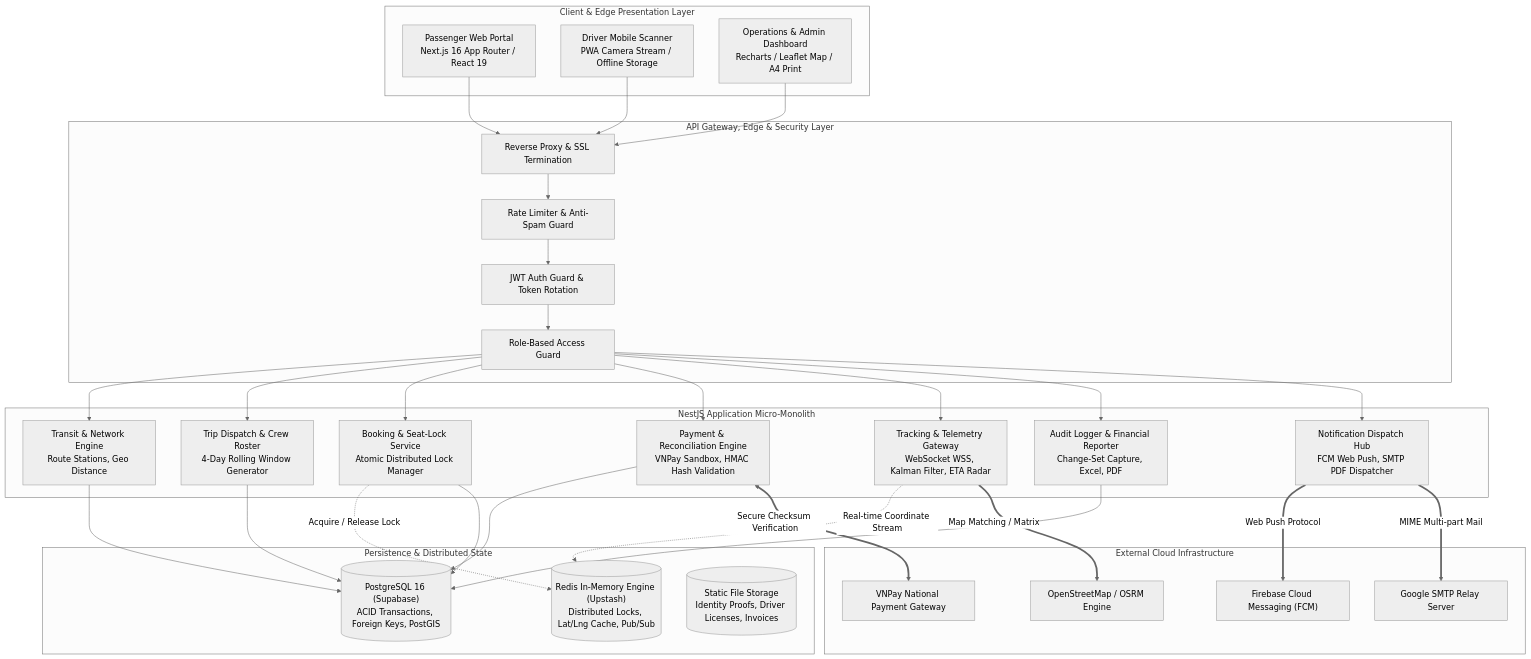
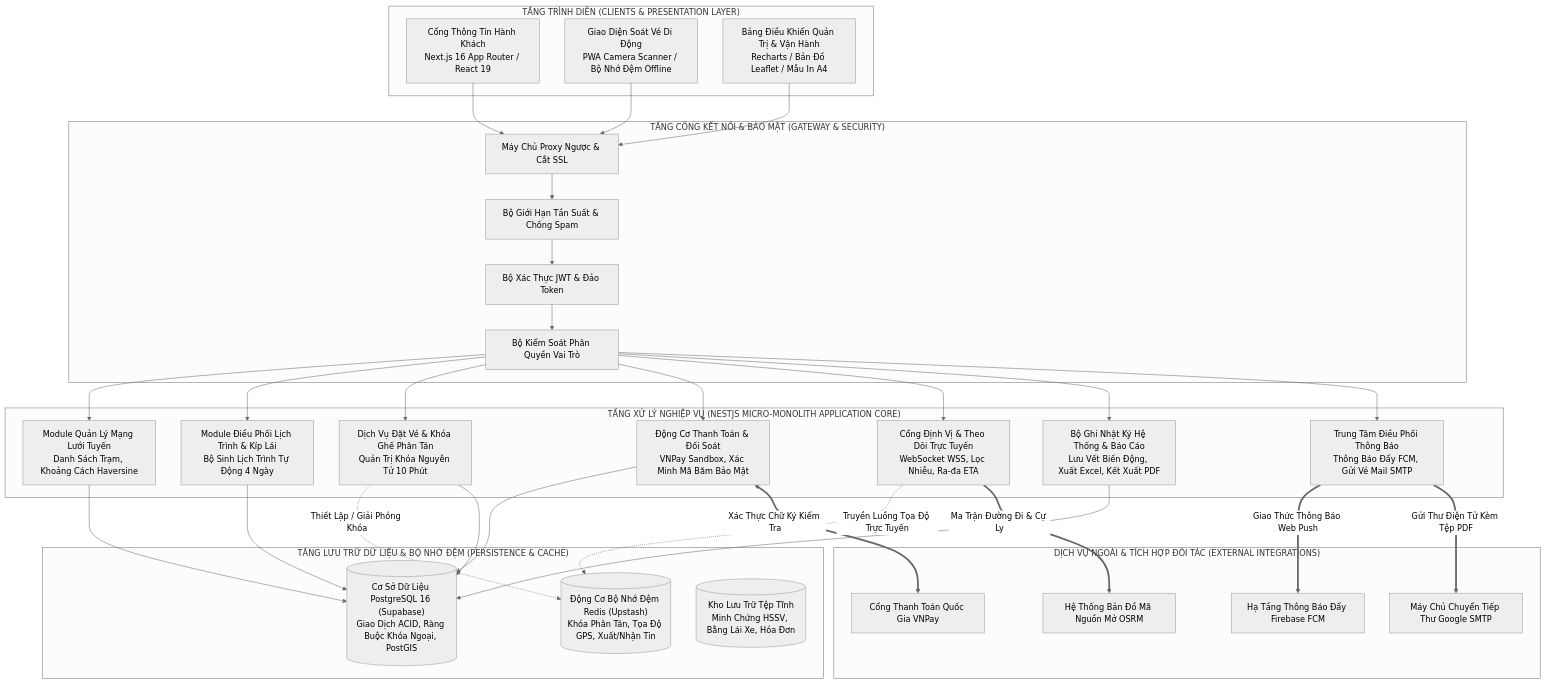
One commit to tubanhoa/QLy_V-_Xe_Bu-t_Th-ng_Minh changed the first of 6 diagrams in README.md. Above: the diagram before and after it, drawn with Mermaid (neutral theme). The commit also changed other lines of this file, not shown here.

````diff
--- a/README.md
+++ b/README.md
@@ -105,65 +103,65 @@
 ```mermaid
 graph TB
-    subgraph Client_Layer ["Client & Edge Presentation Layer"]
-        WebPassenger["Passenger Web Portal<br/>Next.js 16 App Router / React 19"]
-        MobileDriver["Driver Mobile Scanner<br/>PWA Camera Stream / Offline Storage"]
-        AdminConsole["Operations & Admin Dashboard<br/>Recharts / Leaflet Map / A4 Print"]
+    subgraph Tang_Trinh_Dien ["TẦNG TRÌNH DIỄN (CLIENTS & PRESENTATION LAYER)"]
+        WebPassenger["Cổng Thông Tin Hành Khách<br/>Next.js 16 App Router / React 19"]
+        MobileDriver["Giao Diện Soát Vé Di Động<br/>PWA Camera Scanner / Bộ Nhớ Đệm Offline"]
+        AdminConsole["Bảng Điều Khiển Quản Trị & Vận Hành<br/>Recharts / Bản Đồ Leaflet / Mẫu In A4"]
     end
 
-    subgraph Edge_Gateway ["API Gateway, Edge & Security Layer"]
-        NginxProxy["Reverse Proxy & SSL Termination"]
-        ThrottlerGuard["Rate Limiter & Anti-Spam Guard"]
-        JWTAuthenticator["JWT Auth Guard & Token Rotation"]
-        RBACInterceptor["Role-Based Access Guard"]
+    subgraph Tang_Bao_Mat ["TẦNG CỔNG KẾT NỐI & BẢO MẬT (GATEWAY & SECURITY)"]
+        NginxProxy["Máy Chủ Proxy Ngược & Cắt SSL"]
+        ThrottlerGuard["Bộ Giới Hạn Tần Suất & Chống Spam"]
+        JWTAuthenticator["Bộ Xác Thực JWT & Đảo Token"]
+        RBACInterceptor["Bộ Kiểm Soát Phân Quyền Vai Trò"]
     end
 
-    subgraph Service_Core ["NestJS Application Micro-Monolith"]
-        TransitSvc["Transit & Network Engine<br/>Route Stations, Geo Distance"]
-        TripDispatchSvc["Trip Dispatch & Crew Roster<br/>4-Day Rolling Window Generator"]
-        BookingLockSvc["Booking & Seat-Lock Service<br/>Atomic Distributed Lock Manager"]
-        PaymentSvc["Payment & Reconciliation Engine<br/>VNPay Sandbox, HMAC Hash Validation"]
-        TrackingGateway["Tracking & Telemetry Gateway<br/>WebSocket WSS, Kalman Filter, ETA Radar"]
-        AuditEngine["Audit Logger & Financial Reporter<br/>Change-Set Capture, Excel, PDF"]
-        NotificationHub["Notification Dispatch Hub<br/>FCM Web Push, SMTP PDF Dispatcher"]
+    subgraph Tang_Nghiep_Vu ["TẦNG XỬ LÝ NGHIỆP VỤ (NESTJS MICRO-MONOLITH APPLICATION CORE)"]
+        TransitSvc["Module Quản Lý Mạng Lưới Tuyến<br/>Danh Sách Trạm, Khoảng Cách Haversine"]
+        TripDispatchSvc["Module Điều Phối Lịch Trình & Kíp Lái<br/>Bộ Sinh Lịch Trình Tự Động 4 Ngày"]
+        BookingLockSvc["Dịch Vụ Đặt Vé & Khóa Ghế Phân Tán<br/>Quản Trị Khóa Nguyên Tử 10 Phút"]
+        PaymentSvc["Động Cơ Thanh Toán & Đối Soát<br/>VNPay Sandbox, Xác Minh Mã Băm Bảo Mật"]
+        TrackingGateway["Cổng Định Vị & Theo Dõi Trực Tuyến<br/>WebSocket WSS, Lọc Nhiễu, Ra-đa ETA"]
+        AuditEngine["Bộ Ghi Nhật Ký Hệ Thống & Báo Cáo<br/>Lưu Vết Biến Động, Xuất Excel, Kết Xuất PDF"]
+        NotificationHub["Trung Tâm Điều Phối Thông Báo<br/>Thông Báo Đẩy FCM, Gửi Vé Mail SMTP"]
     end
 
-    subgraph Persistence_Cache ["Persistence & Distributed State"]
-        PostgresCluster[("PostgreSQL 16 (Supabase)<br/>ACID Transactions, Foreign Keys, PostGIS")]
-        RedisCluster[("Redis In-Memory Engine (Upstash)<br/>Distributed Locks, Lat/Lng Cache, Pub/Sub")]
-        FileRepository[("Static File Storage<br/>Identity Proofs, Driver Licenses, Invoices")]
+    subgraph Tang_Luu_Tru ["TẦNG LƯU TRỮ DỮ LIỆU & BỘ NHỚ ĐỆM (PERSISTENCE & CACHE)"]
+        PostgresCluster[("Cơ Sở Dữ Liệu PostgreSQL 16 (Supabase)<br/>Giao Dịch ACID, Ràng Buộc Khóa Ngoại, PostGIS")]
+        RedisCluster[("Động Cơ Bộ Nhớ Đệm Redis (Upstash)<br/>Khóa Phân Tán, Tọa Độ GPS, Xuất/Nhận Tin")]
+        FileRepository[("Kho Lưu Trữ Tệp Tĩnh<br/>Minh Chứng HSSV, Bằng Lái Xe, Hóa Đơn")]
     end
 
-    subgraph External_Services ["External Cloud Infrastructure"]
-        VNPayGateway["VNPay National Payment Gateway"]
-        FirebaseFCM["Firebase Cloud Messaging (FCM)"]
-        SMTPServer["Google SMTP Relay Server"]
-        OSRMEngine["OpenStreetMap / OSRM Engine"]
+    subgraph Dịch_Vu_Ngoai ["DỊCH VỤ NGOÀI & TÍCH HỢP ĐỐI TÁC (EXTERNAL INTEGRATIONS)"]
+        VNPayGateway["Cổng Thanh Toán Quốc Gia VNPay"]
+        FirebaseFCM["Hạ Tầng Thông Báo Đẩy Firebase FCM"]
+        SMTPServer["Máy Chủ Chuyển Tiếp Thư Google SMTP"]
+        OSRMEngine["Hệ Thống Bản Đồ Mã Nguồn Mở OSRM"]
     end
 
     WebPassenger --> NginxProxy
     MobileDriver --> NginxProxy
     AdminConsole --> NginxProxy
 
     NginxProxy --> ThrottlerGuard --> JWTAuthenticator --> RBACInterceptor
 
     RBACInterceptor --> TransitSvc
     RBACInterceptor --> TripDispatchSvc
     RBACInterceptor --> BookingLockSvc
     RBACInterceptor --> PaymentSvc
     RBACInterceptor --> TrackingGateway
     RBACInterceptor --> AuditEngine
     RBACInterceptor --> NotificationHub
 
-    BookingLockSvc -.->|Acquire / Release Lock| RedisCluster
-    TrackingGateway -.->|Real-time Coordinate Stream| RedisCluster
+    BookingLockSvc -.->|Thiết Lập / Giải Phóng Khóa| RedisCluster
+    TrackingGateway -.->|Truyền Luồng Tọa Độ Trực Tuyến| RedisCluster
     TransitSvc --> PostgresCluster
     TripDispatchSvc --> PostgresCluster
     BookingLockSvc --> PostgresCluster
     PaymentSvc --> PostgresCluster
     AuditEngine --> PostgresCluster
 
-    PaymentSvc <==>|Secure Checksum Verification| VNPayGateway
-    NotificationHub ==>|Web Push Protocol| FirebaseFCM
-    NotificationHub ==>|MIME Multi-part Mail| SMTPServer
-    TrackingGateway ==>|Map Matching / Matrix| OSRMEngine
+    PaymentSvc <==>|Xác Thực Chữ Ký Kiểm Tra| VNPayGateway
+    NotificationHub ==>|Giao Thức Thông Báo Web Push| FirebaseFCM
+    NotificationHub ==>|Gửi Thư Điện Tử Kèm Tệp PDF| SMTPServer
+    TrackingGateway ==>|Ma Trận Đường Đi & Cự Ly| OSRMEngine
 ```
````
